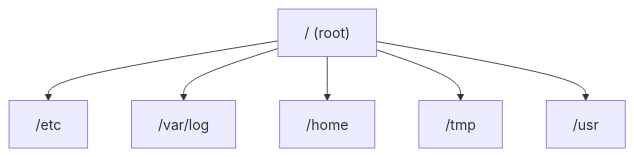
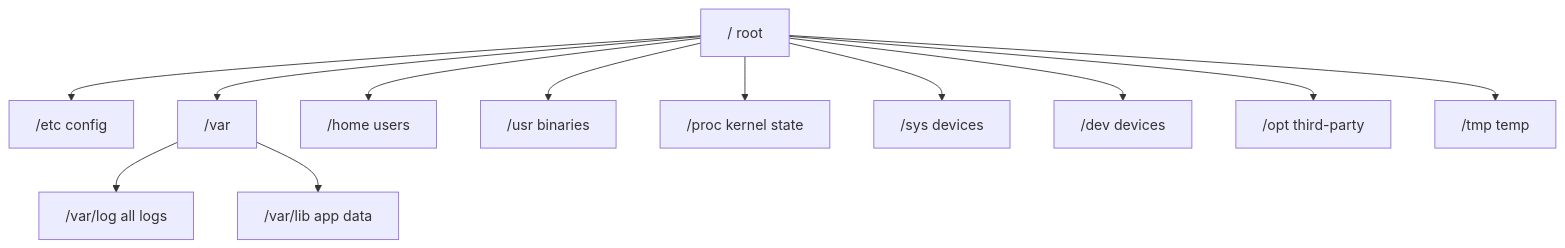
Before and after one commit to suryanaveen123/devops-crash-course: the first of 3 diagrams in devops-crash-course/docs/day-03-linux-essentials.md, drawn with Mermaid. The commit also changed other lines of this file, not shown here.

````diff
--- a/devops-crash-course/docs/day-03-linux-essentials.md
+++ b/devops-crash-course/docs/day-03-linux-essentials.md
@@ -20,15 +45,15 @@
 ```mermaid
 flowchart TB
-  root["/ (root)"]
-  etc["/etc"]
-  varlog["/var/log"]
-  home["/home"]
-  tmp["/tmp"]
-  usr["/usr"]
-
-  root --> etc
-  root --> varlog
-  root --> home
-  root --> tmp
-  root --> usr
+  root["/  root"]
+  root --> etc["/etc  config"]
+  root --> var["/var"]
+  root --> home["/home  users"]
+  root --> usr["/usr  binaries"]
+  root --> proc["/proc  kernel state"]
+  root --> sys["/sys  devices"]
+  root --> dev["/dev  devices"]
+  root --> opt["/opt  third-party"]
+  root --> tmp["/tmp  temp"]
+  var --> log["/var/log  all logs"]
+  var --> lib["/var/lib  app data"]
 ```
````
